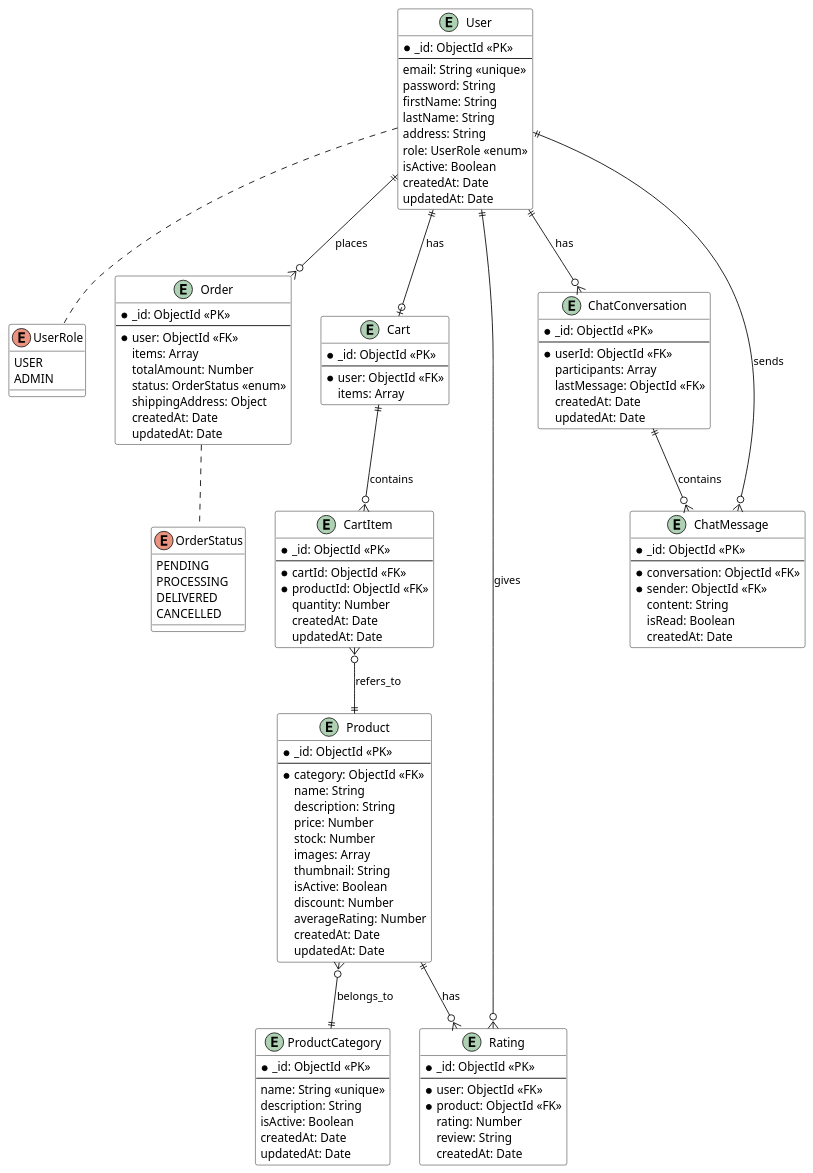
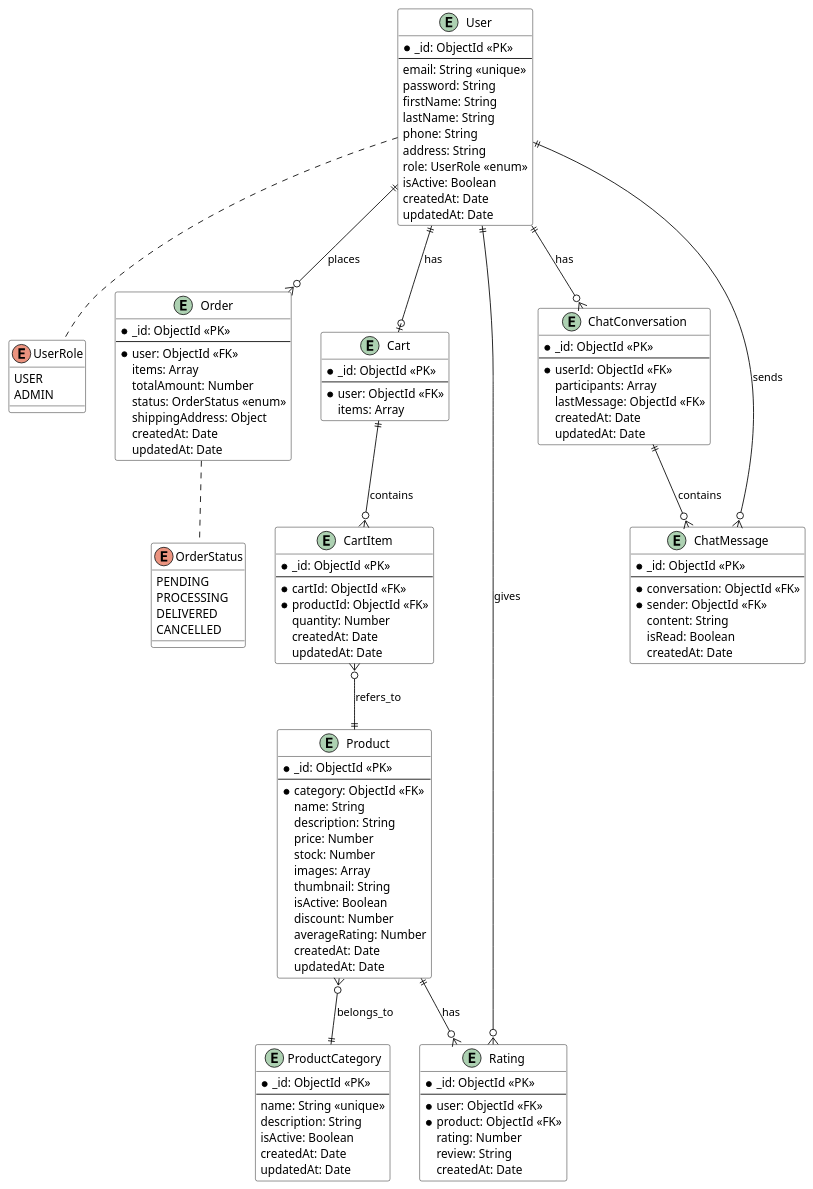
One commit to phongth803/tichhop changed the diagram in erd.pu. Above: the diagram before and after it, drawn with PlantUML. The commit also changed 8 other files, not shown here.

```diff
--- a/erd.pu
+++ b/erd.pu
@@ -1,140 +1,141 @@
 @startuml
 
 ' Định nghĩa style
 skinparam class {
     BackgroundColor White
     ArrowColor Black
     BorderColor Black
 }
 
 ' Định nghĩa enum
 enum UserRole {
     USER
     ADMIN
 }
 
 enum OrderStatus {
     PENDING
     PROCESSING
     DELIVERED
     CANCELLED
 }
 
 ' Định nghĩa entities
 entity "User" {
     *_id: ObjectId <<PK>>
     --
     email: String <<unique>>
     password: String
     firstName: String
     lastName: String
+    phone: String
     address: String
     role: UserRole <<enum>>
     isActive: Boolean
     createdAt: Date
     updatedAt: Date
 }
 
 entity "Product" {
     *_id: ObjectId <<PK>>
     --
     *category: ObjectId <<FK>>
     name: String
     description: String
     price: Number
     stock: Number
     images: Array
     thumbnail: String
     isActive: Boolean
     discount: Number
     averageRating: Number
     createdAt: Date
     updatedAt: Date
 }
 
 entity "ProductCategory" {
     *_id: ObjectId <<PK>>
     --
     name: String <<unique>>
     description: String
     isActive: Boolean
     createdAt: Date
     updatedAt: Date
 }
 
 entity "Order" {
     *_id: ObjectId <<PK>>
     --
     *user: ObjectId <<FK>>
     items: Array
     totalAmount: Number
     status: OrderStatus <<enum>>
     shippingAddress: Object
     createdAt: Date
     updatedAt: Date
 }
 
 entity "Cart" {
     *_id: ObjectId <<PK>>
     --
     *user: ObjectId <<FK>>
     items: Array
 }
 
 entity "CartItem" {
     *_id: ObjectId <<PK>>
     --
     *cartId: ObjectId <<FK>>
     *productId: ObjectId <<FK>>
     quantity: Number
     createdAt: Date
     updatedAt: Date
 }
 
 entity "Rating" {
     *_id: ObjectId <<PK>>
     --
     *user: ObjectId <<FK>>
     *product: ObjectId <<FK>>
     rating: Number
     review: String
     createdAt: Date
 }
 
 entity "ChatConversation" {
     *_id: ObjectId <<PK>>
     --
     *userId: ObjectId <<FK>>
     participants: Array
     lastMessage: ObjectId <<FK>>
     createdAt: Date
     updatedAt: Date
 }
 
 entity "ChatMessage" {
     *_id: ObjectId <<PK>>
     --
     *conversation: ObjectId <<FK>>
     *sender: ObjectId <<FK>>
     content: String
     isRead: Boolean
     createdAt: Date
 }
 
 ' Định nghĩa relationships chính
 User ||--o{ Order : places
 User ||--o| Cart : has
 Product }o--|| ProductCategory : belongs_to
 Cart ||--o{ CartItem : contains
 CartItem }o--|| Product : refers_to
 Product ||--o{ Rating : has
 User ||--o{ Rating : gives
 User ||--o{ ChatConversation : has
 ChatConversation ||--o{ ChatMessage : contains
 User ||--o{ ChatMessage : sends
 
 ' Định nghĩa relationships với enum
 User .. UserRole
 Order .. OrderStatus
 
 @enduml 
```
